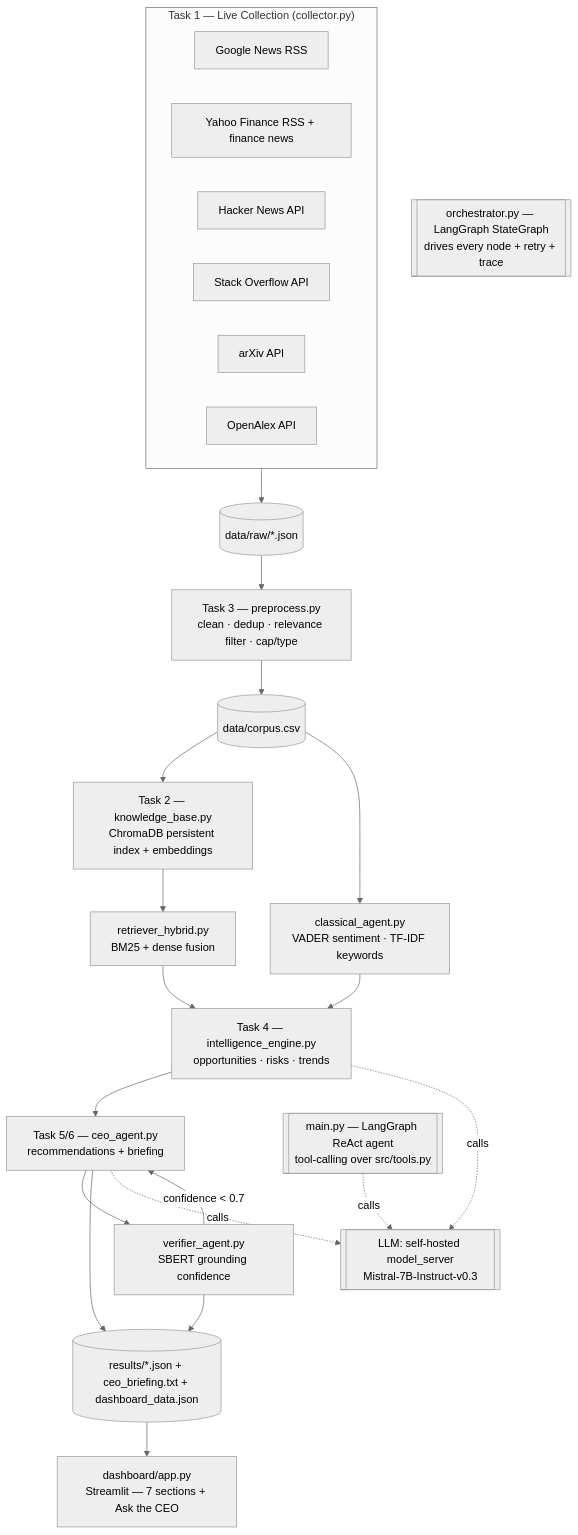
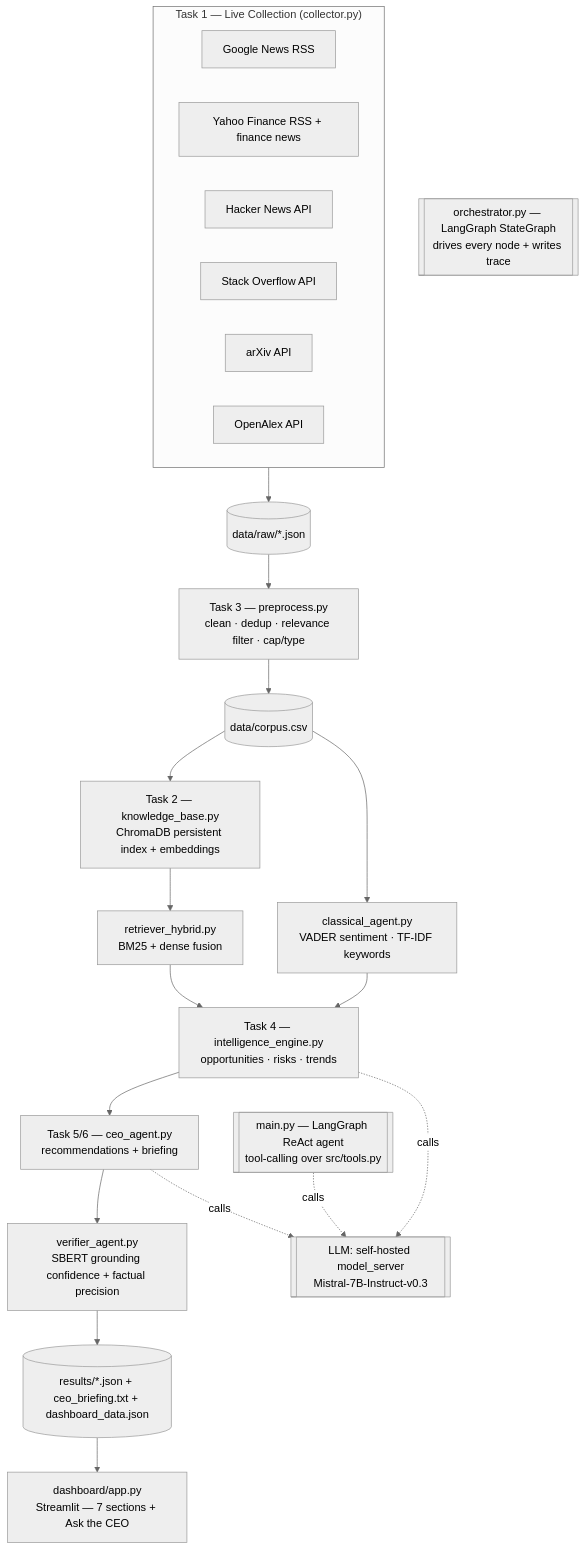
One commit to mirb-404/NLP_Final_Exam changed the diagram in README.md. Above: the diagram before and after it, drawn with Mermaid (neutral theme). The commit also changed other lines of this file and 9 other files, not shown here.

````diff
--- a/README.md
+++ b/README.md
@@ -22,31 +22,29 @@
 ```mermaid
 flowchart TD
     subgraph Collect["Task 1 — Live Collection (collector.py)"]
         N[Google News RSS]
         F[Yahoo Finance RSS + finance news]
         H[Hacker News API]
         S[Stack Overflow API]
         A[arXiv API]
         O[OpenAlex API]
     end
     Collect --> RAW[(data/raw/*.json)]
     RAW --> P[Task 3 — preprocess.py<br/>clean · dedup · relevance filter · cap/type]
     P --> CORP[(data/corpus.csv)]
     CORP --> KB[Task 2 — knowledge_base.py<br/>ChromaDB persistent index + embeddings]
     KB --> R[retriever_hybrid.py<br/>BM25 + dense fusion]
     CORP --> CL[classical_agent.py<br/>VADER sentiment · TF-IDF keywords]
     R --> IE[Task 4 — intelligence_engine.py<br/>opportunities · risks · trends]
     CL --> IE
     IE --> CEO[Task 5/6 — ceo_agent.py<br/>recommendations + briefing]
-    CEO --> V[verifier_agent.py<br/>SBERT grounding confidence]
-    V -->|confidence < 0.7| CEO
+    CEO --> V[verifier_agent.py<br/>SBERT grounding confidence + factual precision]
     V --> OUT[(results/*.json + ceo_briefing.txt + dashboard_data.json)]
-    CEO --> OUT
     OUT --> DASH[dashboard/app.py<br/>Streamlit — 7 sections + Ask the CEO]
-    ORCH[[orchestrator.py — LangGraph StateGraph<br/>drives every node + retry + trace]]
+    ORCH[[orchestrator.py — LangGraph StateGraph<br/>drives every node + writes trace]]
     AGENT[[main.py — LangGraph ReAct agent<br/>tool-calling over src/tools.py]]
     LLM[[LLM: self-hosted model_server<br/>Mistral-7B-Instruct-v0.3]]
     AGENT -.calls.-> LLM
     IE -.calls.-> LLM
     CEO -.calls.-> LLM
 ```
````
